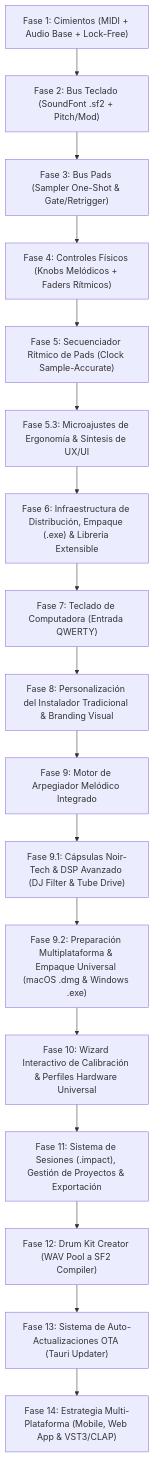
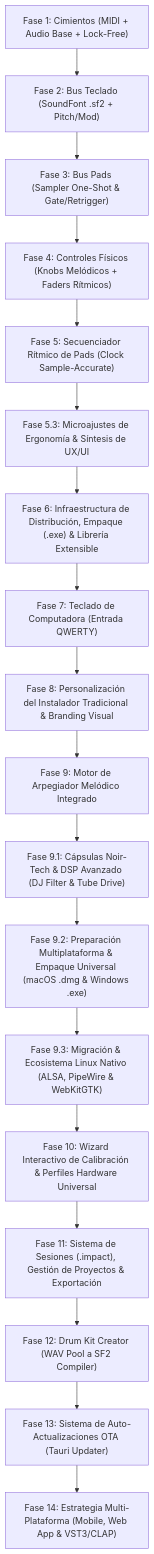
One commit to Vladivostok214/ImpactSamplerStudio changed the diagram in PLAN_DE_TRABAJO.md. Above: the diagram before and after it, drawn with Mermaid. The commit also changed other lines of this file and 16 other files, not shown here.

First line of the commit message:
feat(linux): soporte nativo linux, optimizaciones alsa/pipewire y resolucion de samples en bundles

````diff
--- a/PLAN_DE_TRABAJO.md
+++ b/PLAN_DE_TRABAJO.md
@@ -22,19 +22,20 @@
 ```mermaid
 flowchart TD
     F1["Fase 1: Cimientos (MIDI + Audio Base + Lock-Free)"] --> F2["Fase 2: Bus Teclado (SoundFont .sf2 + Pitch/Mod)"]
     F2 --> F3["Fase 3: Bus Pads (Sampler One-Shot & Gate/Retrigger)"]
     F3 --> F4["Fase 4: Controles Físicos (Knobs Melódicos + Faders Rítmicos)"]
     F4 --> F5["Fase 5: Secuenciador Rítmico de Pads (Clock Sample-Accurate)"]
     F5 --> F53["Fase 5.3: Microajustes de Ergonomía & Síntesis de UX/UI"]
     F53 --> F6["Fase 6: Infraestructura de Distribución, Empaque (.exe) & Librería Extensible"]
     F6 --> F7["Fase 7: Teclado de Computadora (Entrada QWERTY)"]
     F7 --> F8["Fase 8: Personalización del Instalador Tradicional & Branding Visual"]
     F8 --> F9["Fase 9: Motor de Arpegiador Melódico Integrado"]
     F9 --> F91["Fase 9.1: Cápsulas Noir-Tech & DSP Avanzado (DJ Filter & Tube Drive)"]
     F91 --> F92["Fase 9.2: Preparación Multiplataforma & Empaque Universal (macOS .dmg & Windows .exe)"]
-    F92 --> F10["Fase 10: Wizard Interactivo de Calibración & Perfiles Hardware Universal"]
+    F92 --> F93["Fase 9.3: Migración & Ecosistema Linux Nativo (ALSA, PipeWire & WebKitGTK)"]
+    F93 --> F10["Fase 10: Wizard Interactivo de Calibración & Perfiles Hardware Universal"]
     F10 --> F11["Fase 11: Sistema de Sesiones (.impact), Gestión de Proyectos & Exportación"]
     F11 --> F12["Fase 12: Drum Kit Creator (WAV Pool a SF2 Compiler)"]
     F12 --> F13["Fase 13: Sistema de Auto-Actualizaciones OTA (Tauri Updater)"]
     F13 --> F14["Fase 14: Estrategia Multi-Plataforma (Mobile, Web App & VST3/CLAP)"]
 ```
````
